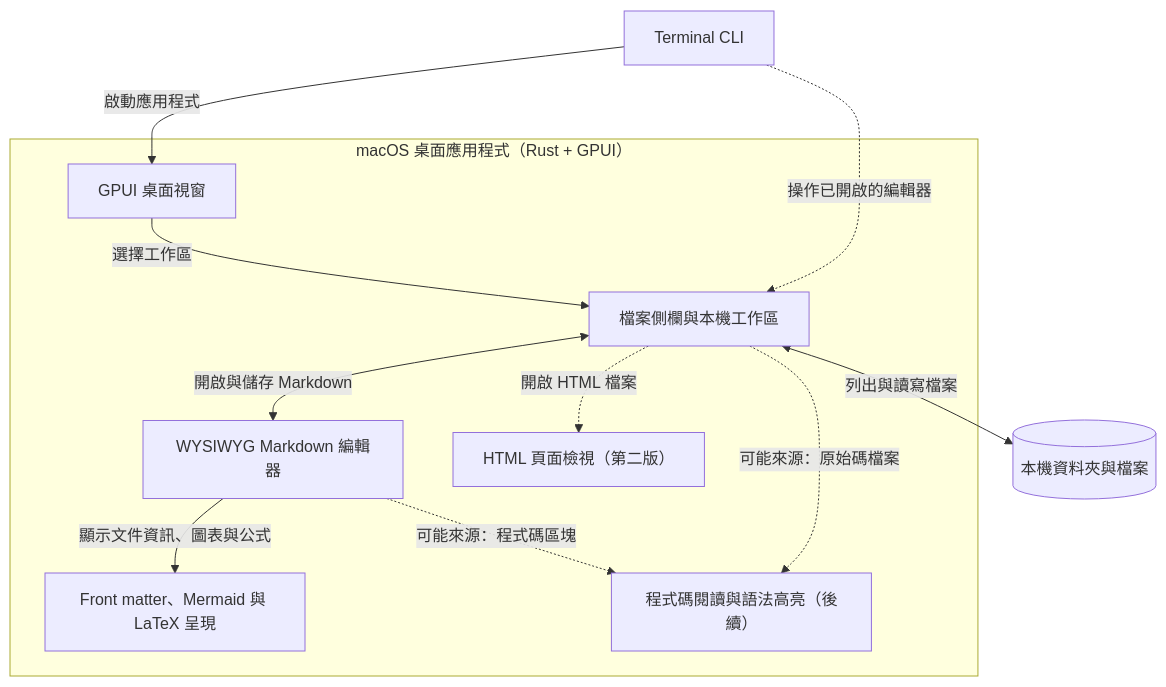
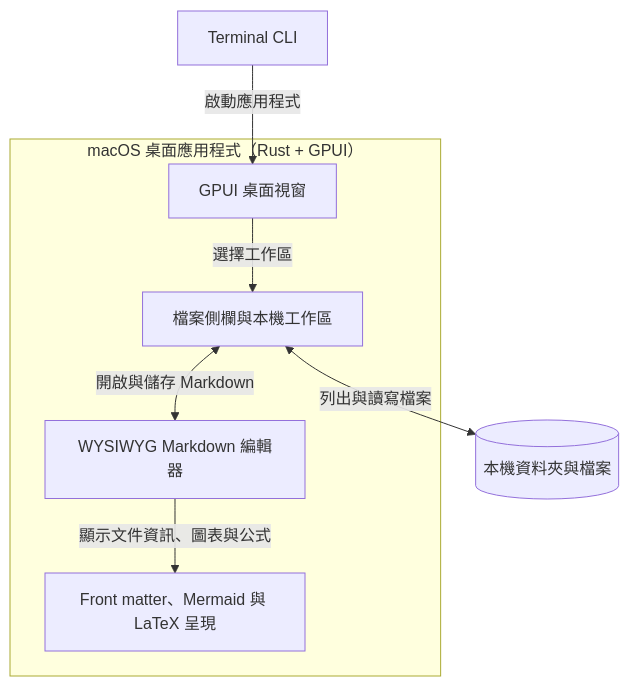
The diagram in docs/prd/gpui-editor.md (narumiruna/gpui-editor), drawn with Mermaid before and after one commit. The commit also changed other lines of this file and 1 other file, not shown here.

````diff
--- a/docs/prd/gpui-editor.md
+++ b/docs/prd/gpui-editor.md
@@ -42,24 +36,18 @@
 ```mermaid
 flowchart TD
     cli["Terminal CLI"]
     files[("本機資料夾與檔案")]
 
     subgraph app["macOS 桌面應用程式（Rust + GPUI）"]
         window["GPUI 桌面視窗"]
         workspace["檔案側欄與本機工作區"]
         markdown["WYSIWYG Markdown 編輯器"]
         render["Front matter、Mermaid 與 LaTeX 呈現"]
-        html["HTML 頁面檢視（第二版）"]
-        code["程式碼閱讀與語法高亮（後續）"]
     end
 
     cli -->|啟動應用程式| window
     window -->|選擇工作區| workspace
     workspace <-->|列出與讀寫檔案| files
     workspace <-->|開啟與儲存 Markdown| markdown
     markdown -->|顯示文件資訊、圖表與公式| render
-    workspace -.->|開啟 HTML 檔案| html
-    cli -.->|操作已開啟的編輯器| workspace
-    markdown -.->|可能來源：程式碼區塊| code
-    workspace -.->|可能來源：原始碼檔案| code
 ```
````
